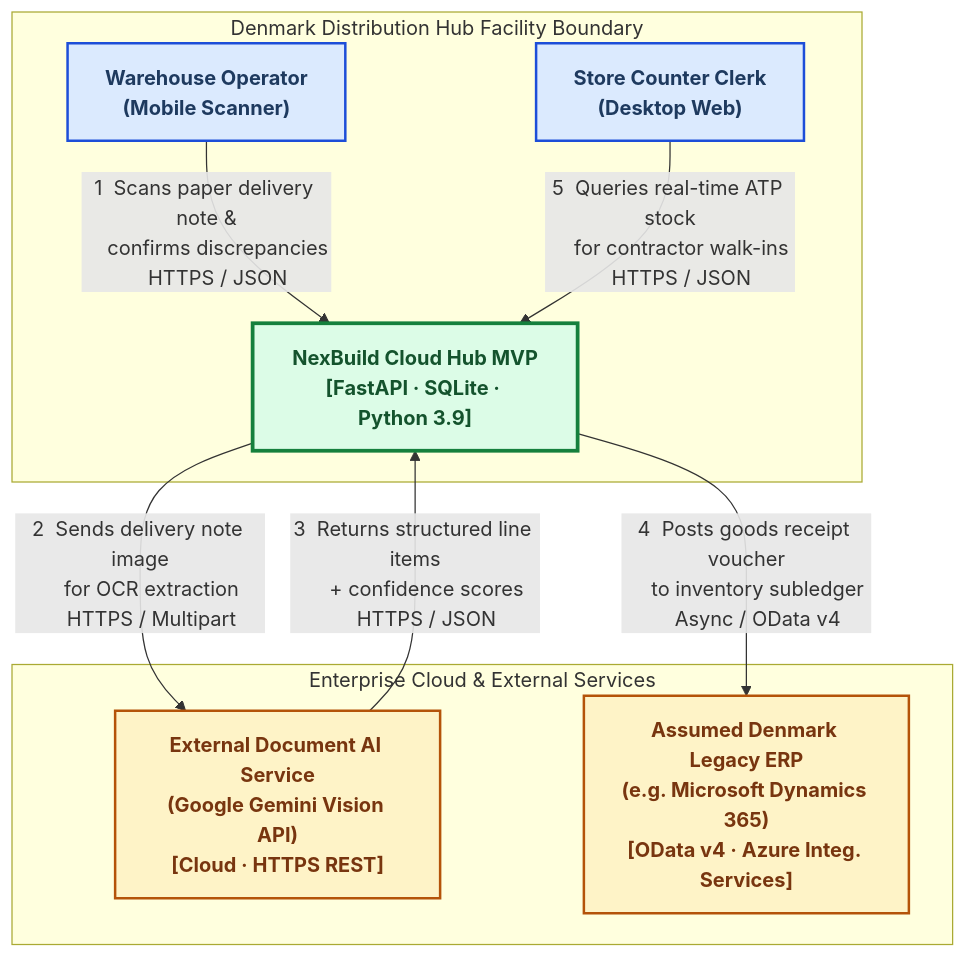
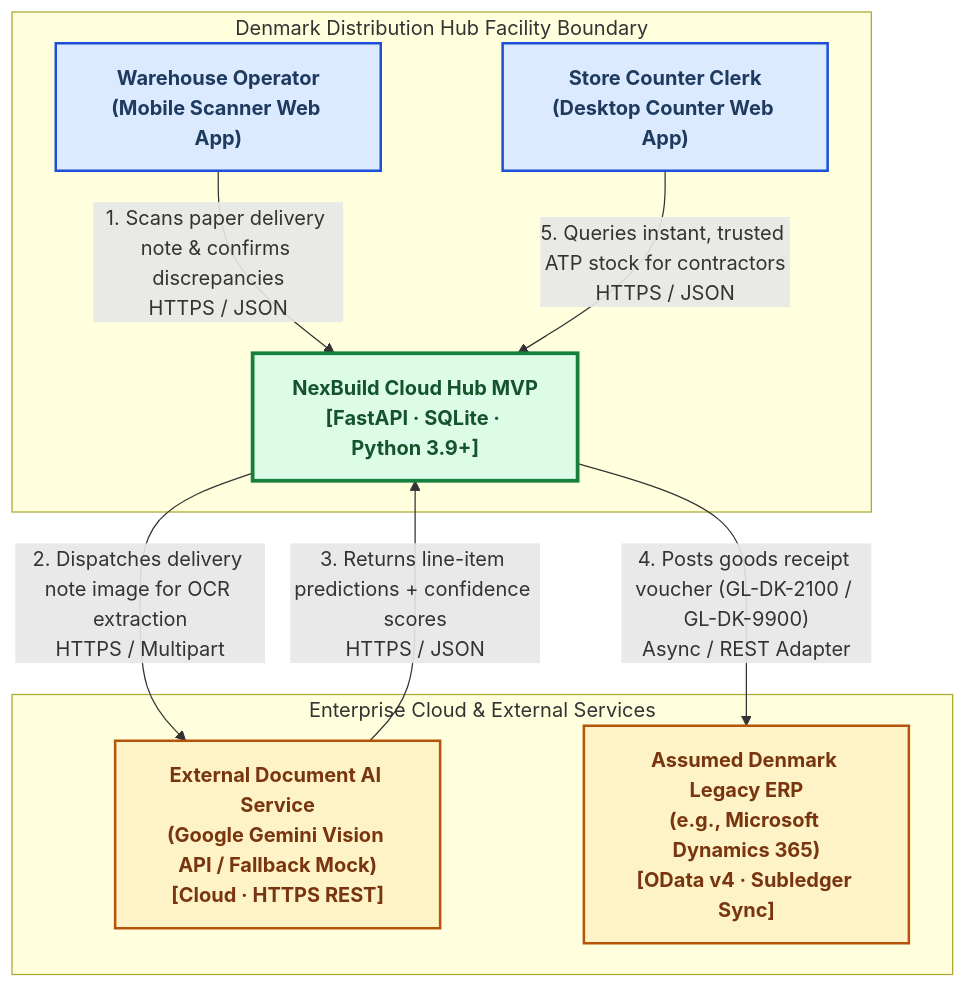
One commit to GiaTranLeHoang/NexBuild-Cloud-Hub-ITConsultantChallenge2026 changed the first of 2 diagrams in deliverables_docs/System_Diagram_Content.md. Above: the diagram before and after it, drawn with Mermaid. The commit also changed other lines of this file, not shown here.

Commit message:
docs: Phase 4.5 - refine System_Diagram_Content.md (12-24h lag, 5 SQLite tables, 2-page PDF page break)

````diff
--- a/deliverables_docs/System_Diagram_Content.md
+++ b/deliverables_docs/System_Diagram_Content.md
@@ -34,31 +30,31 @@
 ```mermaid
 flowchart TD
     classDef actor    fill:#dbeafe,stroke:#1d4ed8,stroke-width:2px,color:#1e3a5f,font-weight:bold
     classDef system   fill:#dcfce7,stroke:#15803d,stroke-width:3px,color:#14532d,font-weight:bold
     classDef external fill:#fef3c7,stroke:#b45309,stroke-width:2px,color:#78350f,font-weight:bold
 
-    WH["Warehouse Operator\n(Mobile Scanner)"]:::actor
-    CC["Store Counter Clerk\n(Desktop Web)"]:::actor
+    WH["Warehouse Operator\n(Mobile Scanner Web App)"]:::actor
+    CC["Store Counter Clerk\n(Desktop Counter Web App)"]:::actor
 
-    HUB["NexBuild Cloud Hub MVP\n[FastAPI · SQLite · Python 3.9]"]:::system
+    HUB["NexBuild Cloud Hub MVP\n[FastAPI · SQLite · Python 3.9+]"]:::system
 
-    DOCAI["External Document AI Service\n(Google Gemini Vision API)\n[Cloud · HTTPS REST]"]:::external
-    ERP["Assumed Denmark Legacy ERP\n(e.g. Microsoft Dynamics 365)\n[OData v4 · Azure Integ. Services]"]:::external
+    DOCAI["External Document AI Service\n(Google Gemini Vision API / Fallback Mock)\n[Cloud · HTTPS REST]"]:::external
+    ERP["Assumed Denmark Legacy ERP\n(e.g., Microsoft Dynamics 365)\n[OData v4 · Subledger Sync]"]:::external
 
-    WH  -->|"1  Scans paper delivery note &\n    confirms discrepancies\n    HTTPS / JSON"| HUB
-    HUB -->|"2  Sends delivery note image\n    for OCR extraction\n    HTTPS / Multipart"| DOCAI
-    DOCAI -->|"3  Returns structured line items\n    + confidence scores\n    HTTPS / JSON"| HUB
-    HUB -->|"4  Posts goods receipt voucher\n    to inventory subledger\n    Async / OData v4"| ERP
-    CC  -->|"5  Queries real-time ATP stock\n    for contractor walk-ins\n    HTTPS / JSON"| HUB
+    WH  -->|"1. Scans paper delivery note & confirms discrepancies\nHTTPS / JSON"| HUB
+    HUB -->|"2. Dispatches delivery note image for OCR extraction\nHTTPS / Multipart"| DOCAI
+    DOCAI -->|"3. Returns line-item predictions + confidence scores\nHTTPS / JSON"| HUB
+    HUB -->|"4. Posts goods receipt voucher (GL-DK-2100 / GL-DK-9900)\nAsync / REST Adapter"| ERP
+    CC  -->|"5. Queries instant, trusted ATP stock for contractors\nHTTPS / JSON"| HUB
 
     subgraph facility["Denmark Distribution Hub Facility Boundary"]
         WH
         CC
         HUB
     end
 
     subgraph cloud["Enterprise Cloud & External Services"]
         DOCAI
         ERP
     end
 ```
````
